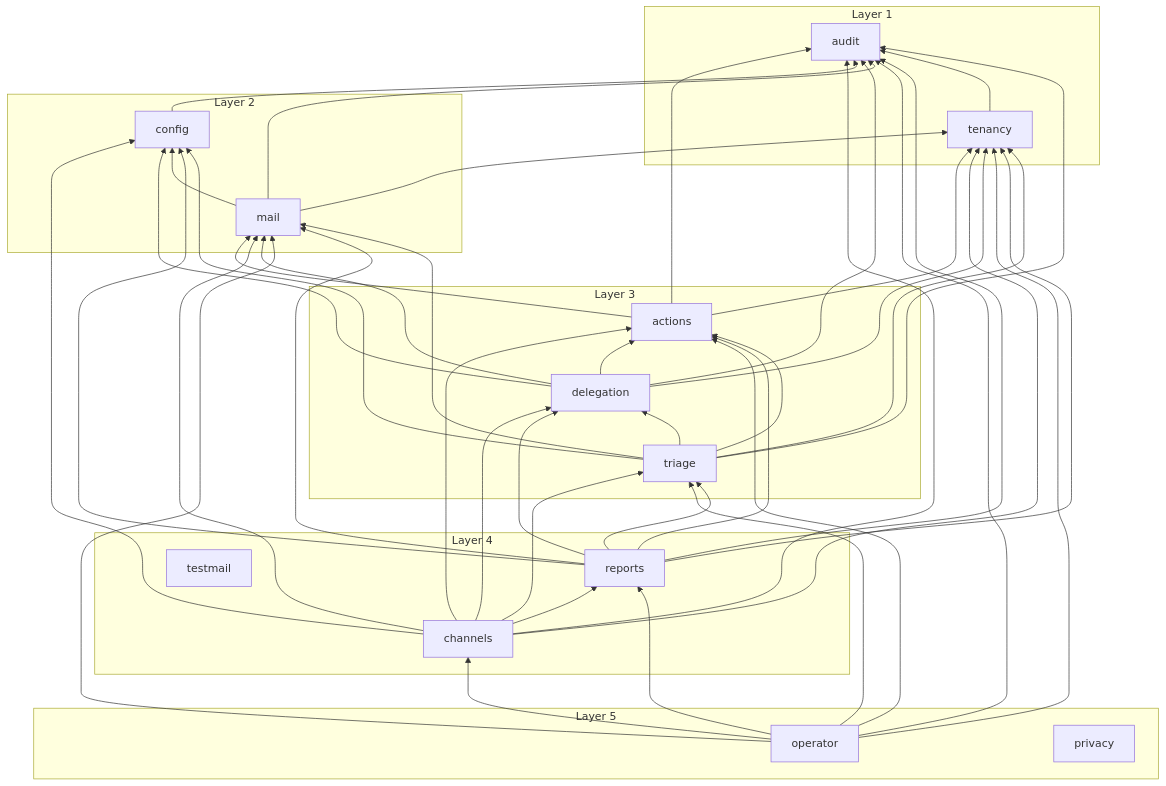
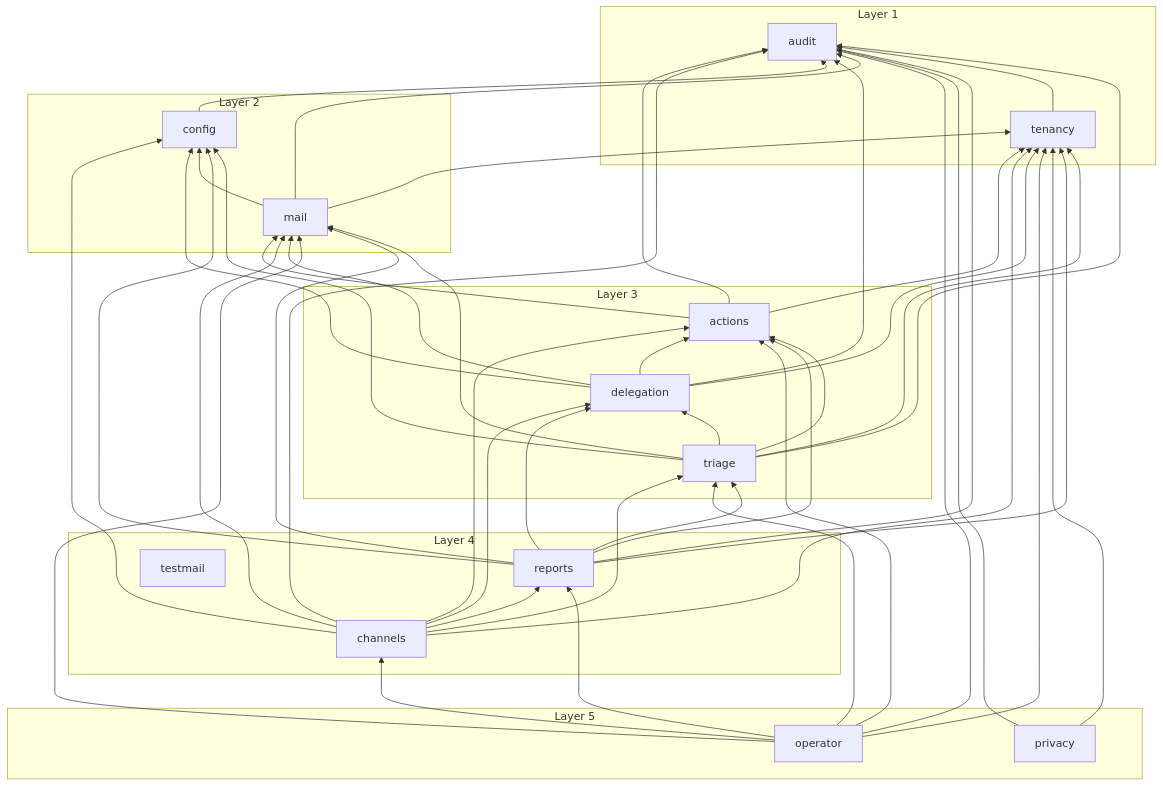
One commit to Artexs/email_assistant changed the diagram in docs/diagrams/module-graph.md. Above: the diagram before and after it, drawn with Mermaid. The commit also changed 19 other files, not shown here.

````diff
--- a/docs/diagrams/module-graph.md
+++ b/docs/diagrams/module-graph.md
@@ -7,66 +7,68 @@
 ```mermaid
 flowchart BT
   subgraph group1["Layer 1"]
     audit
     tenancy
   end
   subgraph group2["Layer 2"]
     config
     mail
   end
   subgraph group3["Layer 3"]
     triage
     actions
     delegation
   end
   subgraph group4["Layer 4"]
     reports
     channels
     testmail
   end
   subgraph group5["Layer 5"]
     operator
     privacy
   end
   actions --> audit
   actions --> mail
   actions --> tenancy
   channels --> actions
   channels --> audit
   channels --> config
   channels --> delegation
   channels --> mail
   channels --> reports
   channels --> tenancy
   channels --> triage
   config --> audit
   delegation --> actions
   delegation --> audit
   delegation --> config
   delegation --> mail
   delegation --> tenancy
   mail --> audit
   mail --> config
   mail --> tenancy
   operator --> actions
   operator --> audit
   operator --> channels
   operator --> mail
   operator --> reports
   operator --> tenancy
   operator --> triage
+  privacy --> audit
+  privacy --> tenancy
   reports --> actions
   reports --> audit
   reports --> config
   reports --> delegation
   reports --> mail
   reports --> tenancy
   reports --> triage
   tenancy --> audit
   triage --> actions
   triage --> audit
   triage --> config
   triage --> delegation
   triage --> mail
   triage --> tenancy
 ```
````
